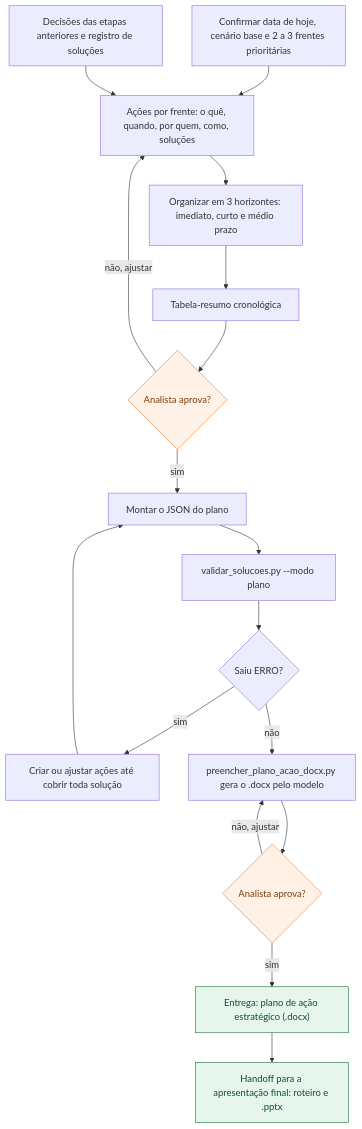
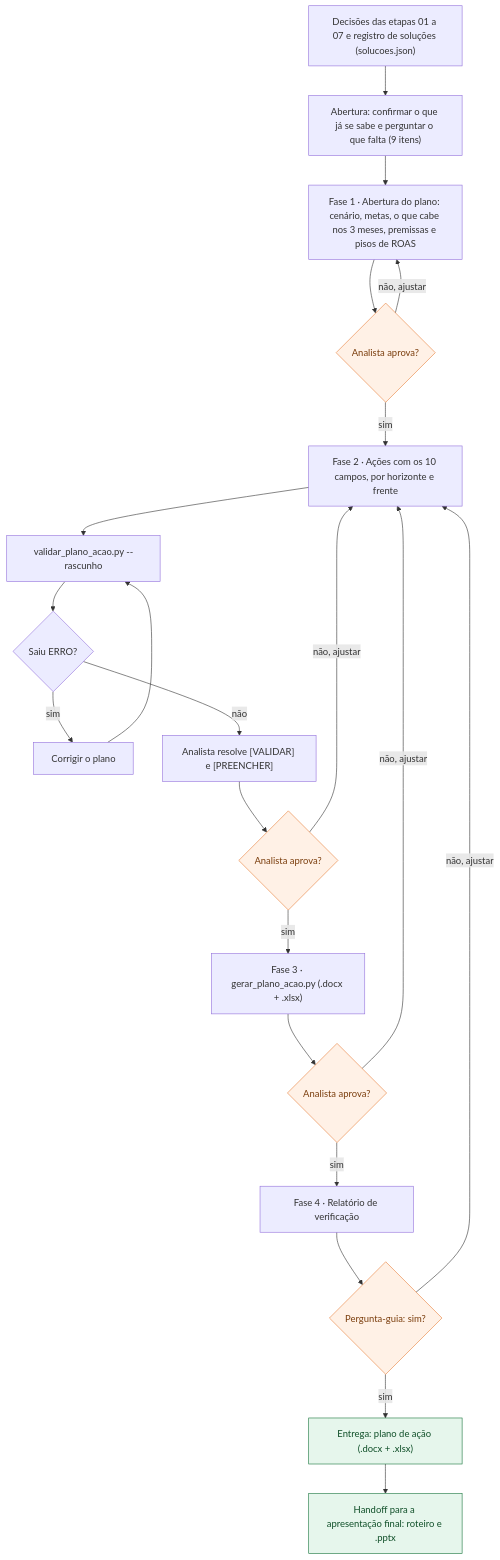
Before and after one commit to MatheusBoomer/growth-cycle-boomer: the diagram in .claude/skills/08-plano-de-acao/fluxo.mmd, drawn with Mermaid. The commit also changed 4 other files, not shown here.

Commit message:
feat(skill-08): plano de ação no padrão do Prompt 9 e fluxograma

```diff
--- a/.claude/skills/08-plano-de-acao/fluxo.mmd
+++ b/.claude/skills/08-plano-de-acao/fluxo.mmd
@@ -1,38 +1,44 @@
 flowchart TD
-  I1["Confirmar data de hoje, cenário base e 2 a 3 frentes prioritárias"]
-  I2["Decisões das etapas anteriores e registro de soluções"]
-  P1["Ações por frente: o quê, quando, por quem, como, soluções"]
-  P2["Organizar em 3 horizontes: imediato, curto e médio prazo"]
-  P3["Tabela-resumo cronológica"]
+  I1["Decisões das etapas 01 a 07 e registro de soluções (solucoes.json)"]
+  P1["Abertura: confirmar o que já se sabe e perguntar o que falta (9 itens)"]
+  P2["Fase 1 · Abertura do plano: cenário, metas, o que cabe nos 3 meses, premissas e pisos de ROAS"]
   C1{"Analista aprova?"}
-  P4["Montar o JSON do plano"]
-  V1["validar_solucoes.py --modo plano"]
+  P3["Fase 2 · Ações com os 10 campos, por horizonte e frente"]
+  V1["validar_plano_acao.py --rascunho"]
   D1{"Saiu ERRO?"}
-  P5["Criar ou ajustar ações até cobrir toda solução"]
-  P6["preencher_plano_acao_docx.py gera o .docx pelo modelo"]
+  P4["Corrigir o plano"]
+  P7["Analista resolve [VALIDAR] e [PREENCHER]"]
   C2{"Analista aprova?"}
-  E1["Entrega: plano de ação estratégico (.docx)"]
+  P5["Fase 3 · gerar_plano_acao.py (.docx + .xlsx)"]
+  C3{"Analista aprova?"}
+  P6["Fase 4 · Relatório de verificação"]
+  C4{"Pergunta-guia: sim?"}
+  E1["Entrega: plano de ação (.docx + .xlsx)"]
   H1["Handoff para a apresentação final: roteiro e .pptx"]
 
   I1 --> P1
-  I2 --> P1
   P1 --> P2
-  P2 --> P3
-  P3 --> C1
-  C1 -->|"sim"| P4
-  C1 -->|"não, ajustar"| P1
+  P2 --> C1
+  C1 -->|"sim"| P3
+  C1 -->|"não, ajustar"| P2
+  P3 --> V1
+  V1 --> D1
+  D1 -->|"sim"| P4
   P4 --> V1
-  V1 --> D1
-  D1 -->|"sim"| P5
-  P5 --> P4
-  D1 -->|"não"| P6
-  P6 --> C2
-  C2 -->|"sim"| E1
-  C2 -->|"não, ajustar"| P6
+  D1 -->|"não"| P7
+  P7 --> C2
+  C2 -->|"sim"| P5
+  C2 -->|"não, ajustar"| P3
+  P5 --> C3
+  C3 -->|"sim"| P6
+  C3 -->|"não, ajustar"| P3
+  P6 --> C4
+  C4 -->|"sim"| E1
+  C4 -->|"não, ajustar"| P3
   E1 --> H1
 
-  class C1,C2 checkpoint
+  class C1,C2,C3,C4 checkpoint
   class E1,H1 entrega
   classDef checkpoint fill:#fff1e6,stroke:#e8803a,color:#7a3d0c
   classDef subagente fill:#e8f0fd,stroke:#1f4fa8,color:#173a7a
   classDef entrega fill:#e6f6ec,stroke:#16743b,color:#0f4f28
```
